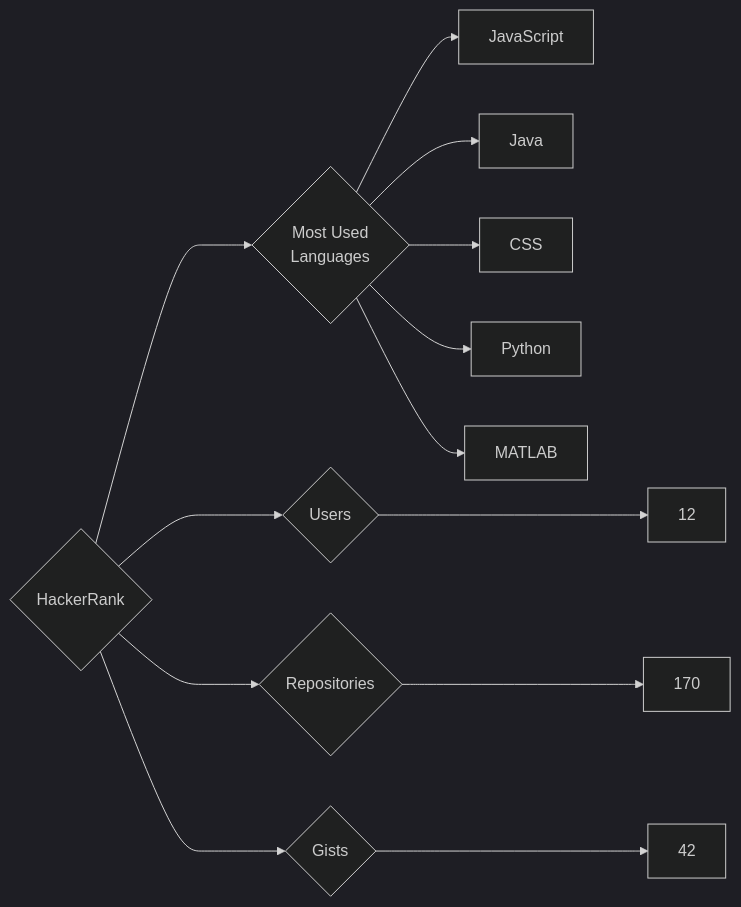
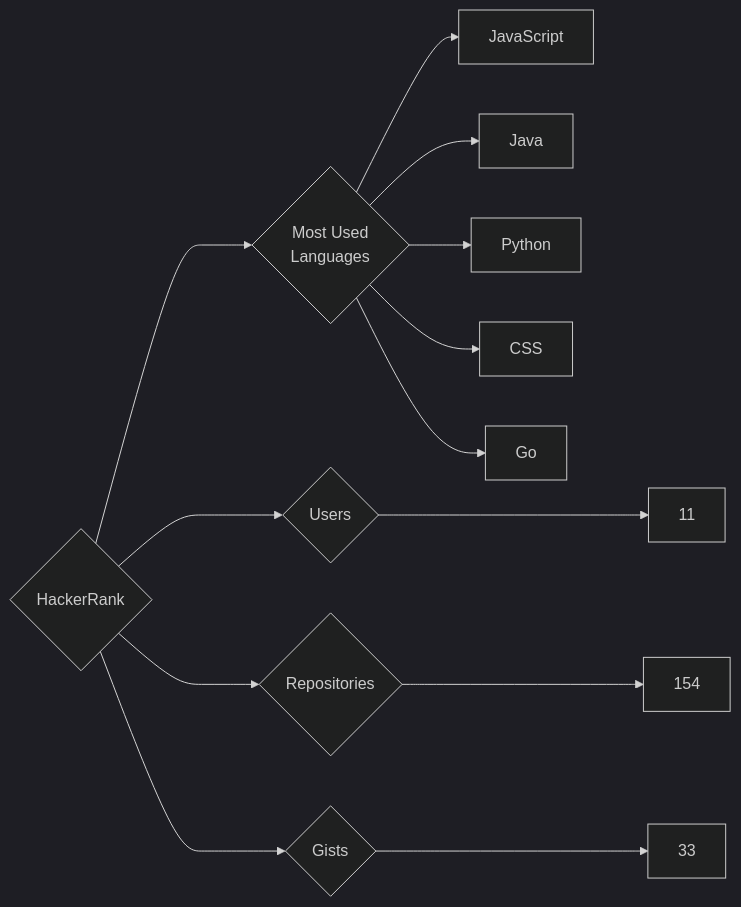
One commit to trickest/insiders changed the diagram in targets/HackerRank/README.md. Above: the diagram before and after it, drawn with Mermaid (dark theme). The commit also changed 973 other files, not shown here.

````diff
--- a/targets/HackerRank/README.md
+++ b/targets/HackerRank/README.md
@@ -3,13 +3,13 @@
 ```mermaid
 graph LR
 COMPANY_NAME{HackerRank}
-COMPANY_NAME ---> U{Users} ---> UN[12]
-COMPANY_NAME ---> R{Repositories} ---> RN[170]
-COMPANY_NAME ---> G{Gists} ---> GN[42]
+COMPANY_NAME ---> U{Users} ---> UN[11]
+COMPANY_NAME ---> R{Repositories} ---> RN[154]
+COMPANY_NAME ---> G{Gists} ---> GN[33]
 COMPANY_NAME ---> ML{Most Used<br>Languages}
 ML --> JavaScript[JavaScript]
 ML --> Java[Java]
+ML --> Python[Python]
 ML --> CSS[CSS]
-ML --> Python[Python]
-ML --> MATLAB[MATLAB]
+ML --> Go[Go]
 ```
````
